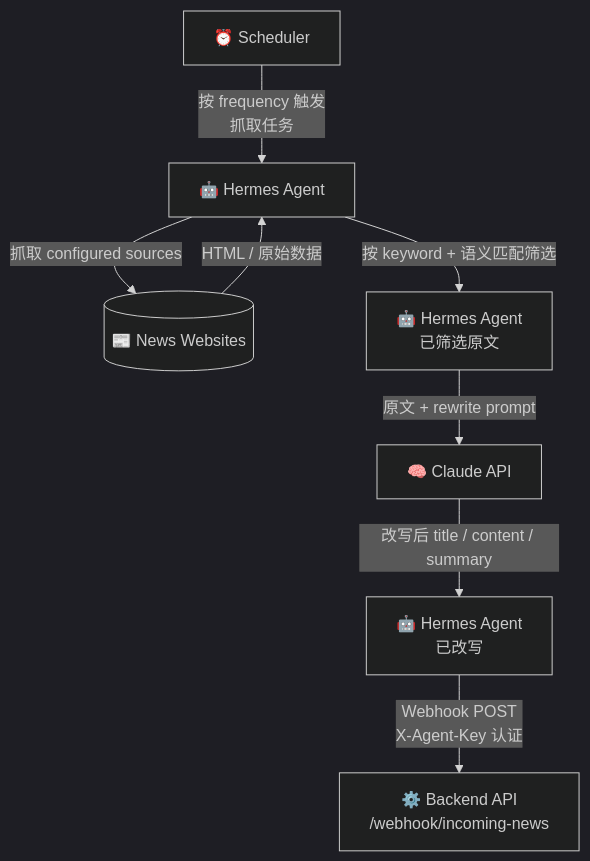
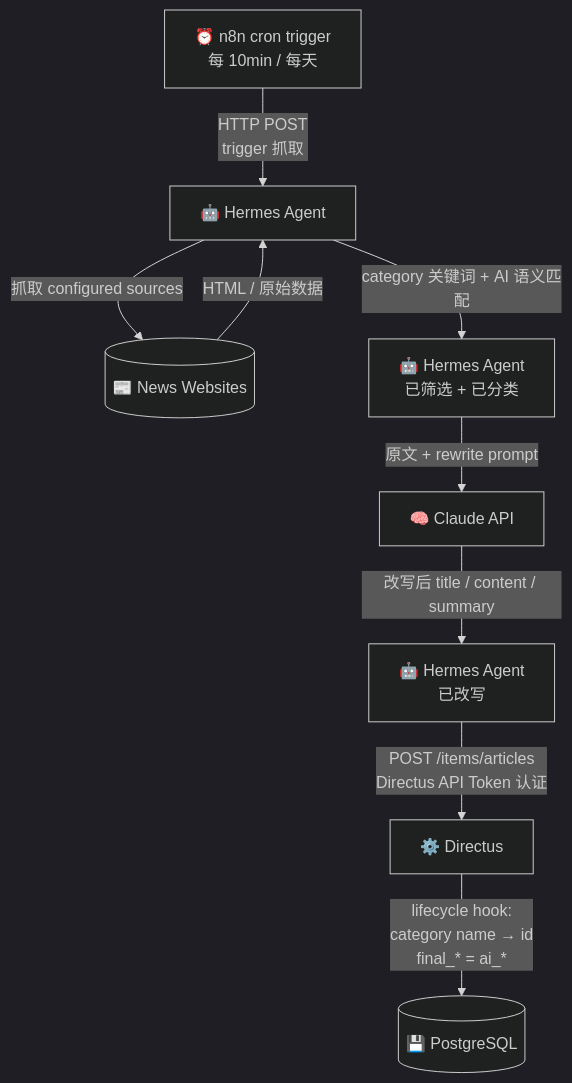
Before and after one commit to Guitang0414/Tiffany-Z-Intern-2026: the first of 6 diagrams in docs/hld.md, drawn with Mermaid (dark theme). The commit also changed other lines of this file, not shown here.

First line of the commit message:
docs(hld): update Agent Module to reflect n8n cron trigger + Directus ingestion

````diff
--- a/docs/hld.md
+++ b/docs/hld.md
@@ -141,10 +141,11 @@
 ```mermaid
 flowchart TD
-    S[⏰ Scheduler] -->|按 frequency 触发<br/>抓取任务| A[🤖 Hermes Agent]
+    S[⏰ n8n cron trigger<br/>每 10min / 每天] -->|HTTP POST<br/>trigger 抓取| A[🤖 Hermes Agent]
     A -->|抓取 configured sources| N[(📰 News Websites)]
     N -->|HTML / 原始数据| A
-    A -->|按 keyword + 语义匹配筛选| A2[🤖 Hermes Agent<br/>已筛选原文]
+    A -->|category 关键词 + AI 语义匹配| A2[🤖 Hermes Agent<br/>已筛选 + 已分类]
     A2 -->|原文 + rewrite prompt| C[🧠 Claude API]
     C -->|改写后 title / content / summary| A3[🤖 Hermes Agent<br/>已改写]
-    A3 -->|Webhook POST<br/>X-Agent-Key 认证| B[⚙️ Backend API<br/>/webhook/incoming-news]
+    A3 -->|POST /items/articles<br/>Directus API Token 认证| D[⚙️ Directus]
+    D -->|lifecycle hook:<br/>category name → id<br/>final_* = ai_*| DB[(💾 PostgreSQL)]
 ```
````
